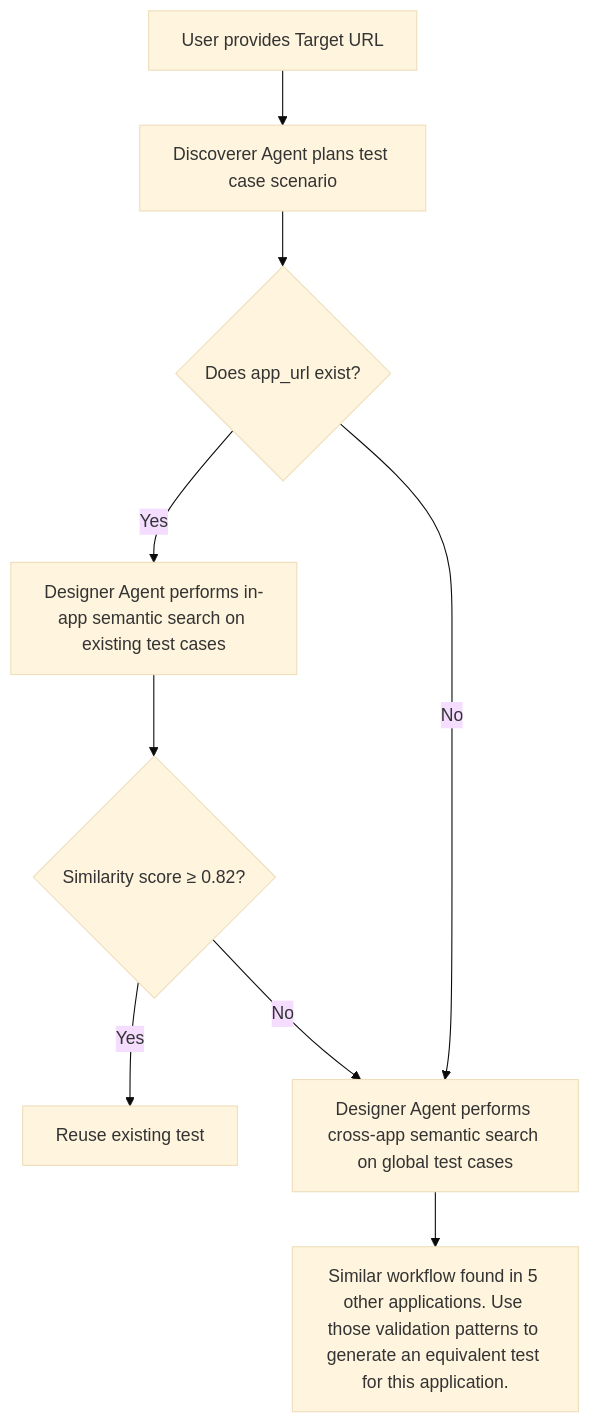
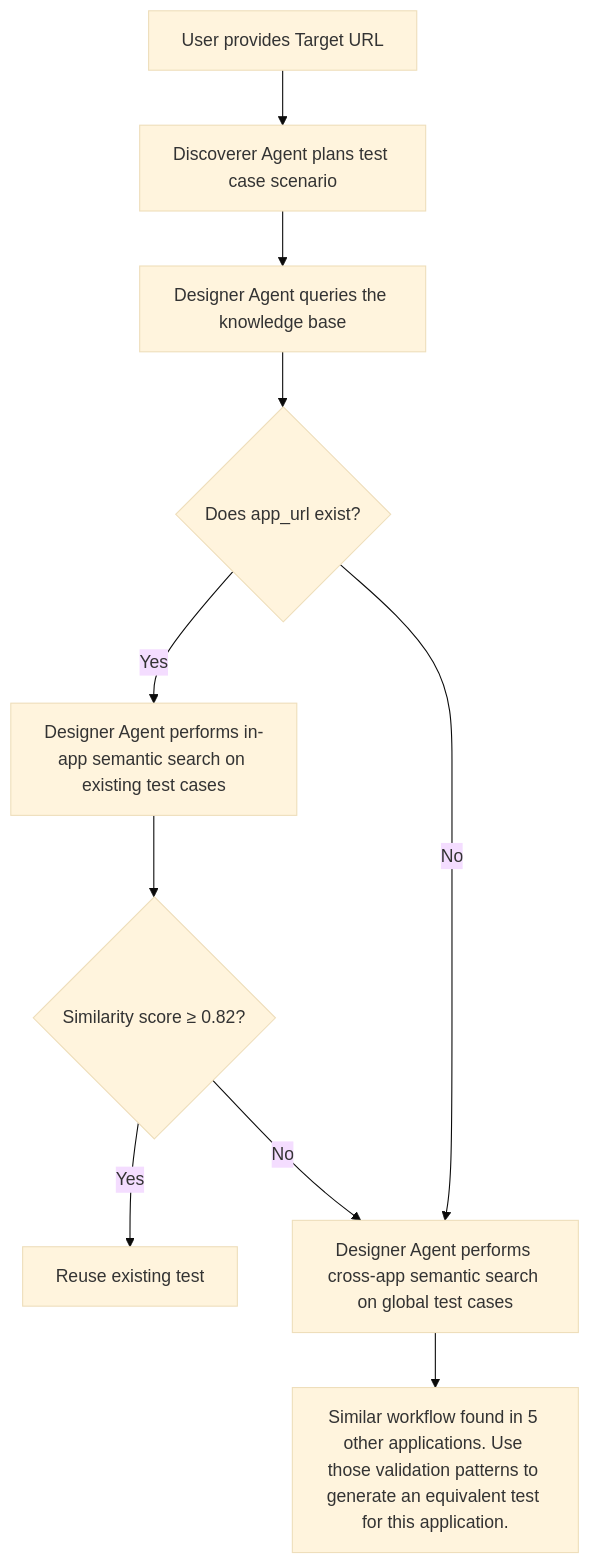
One commit to senthilcaesar/mermaid-diagrams changed the diagram in testsuite-kb.md. Above: the diagram before and after it, drawn with Mermaid (base theme).

````diff
--- a/testsuite-kb.md
+++ b/testsuite-kb.md
@@ -1,20 +1,23 @@
 ```mermaid
 flowchart TD
     A[User provides Target URL]
     B[Discoverer Agent plans test case scenario]
+    C[Designer Agent queries the knowledge base]
+    D{Does app_url exist?}
 
     A --> B
-    B --> C{Does app_url exist?}
+    B --> C
+    C --> D
 
-    C -->|Yes| D[Designer Agent performs in-app semantic search on existing test cases]
+    D -->|Yes| E[Designer Agent performs in-app semantic search on existing test cases]
 
-    D --> E{Similarity score ≥ 0.82?}
+    E --> F{Similarity score ≥ 0.82?}
 
-    E -->|Yes| F[Reuse existing test]
+    F -->|Yes| G[Reuse existing test]
 
-    E -->|No| G[Designer Agent performs cross-app semantic search on global test cases]
+    F -->|No| H[Designer Agent performs cross-app semantic search on global test cases]
 
-    C -->|No| G
+    D -->|No| H
 
-    G --> H["Similar workflow found in 5 other applications. Use those validation patterns to generate an equivalent test for this application."]
+    H --> I["Similar workflow found in 5 other applications. Use those validation patterns to generate an equivalent test for this application."]
 ```
````
